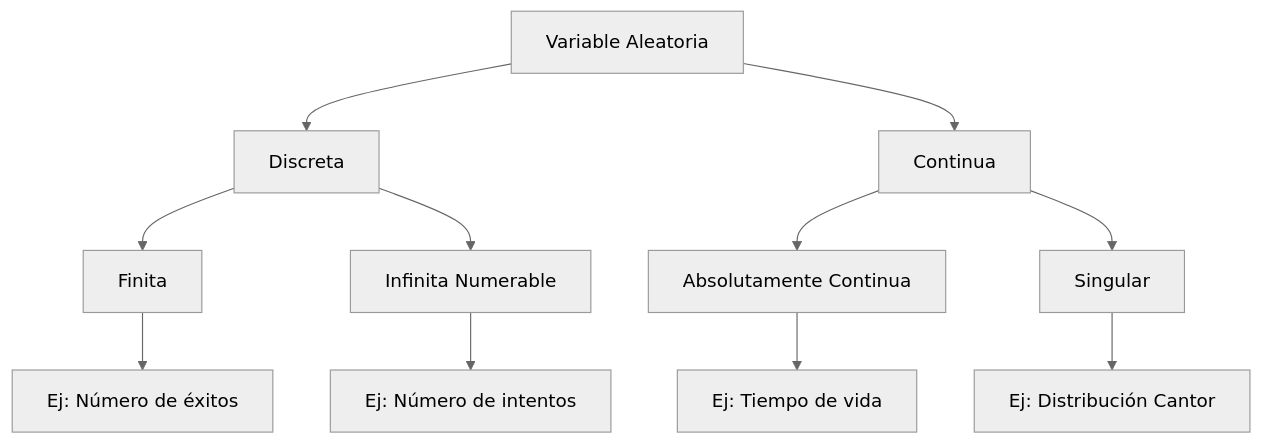
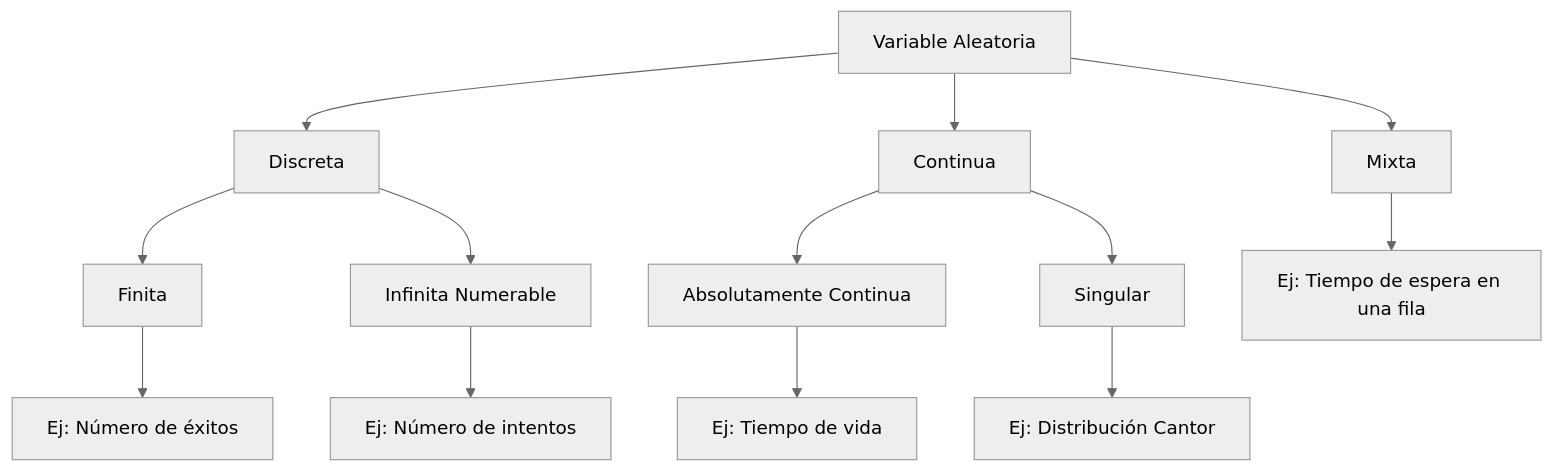
One commit to djaimej/computer-science-template changed the second of 2 diagrams in public/documents/semester-3/4/3421.md. Above: the diagram before and after it, drawn with Mermaid (neutral theme). The commit also changed other lines of this file and 5 other files, not shown here.

````diff
--- a/public/documents/semester-3/4/3421.md
+++ b/public/documents/semester-3/4/3421.md
@@ -136,16 +169,18 @@
 ```mermaid
 graph TD
     A[Variable Aleatoria] --> B[Discreta]
     A --> C[Continua]
 
     B --> D[Finita]
     B --> E[Infinita Numerable]
 
+    A --> M[Mixta]
     C --> F[Absolutamente Continua]
     C --> G[Singular]
 
     D --> H[Ej: Número de éxitos]
     E --> I[Ej: Número de intentos]
     F --> J[Ej: Tiempo de vida]
     G --> K[Ej: Distribución Cantor]
+    M --> L[Ej: Tiempo de espera en una fila]
 ```
````
